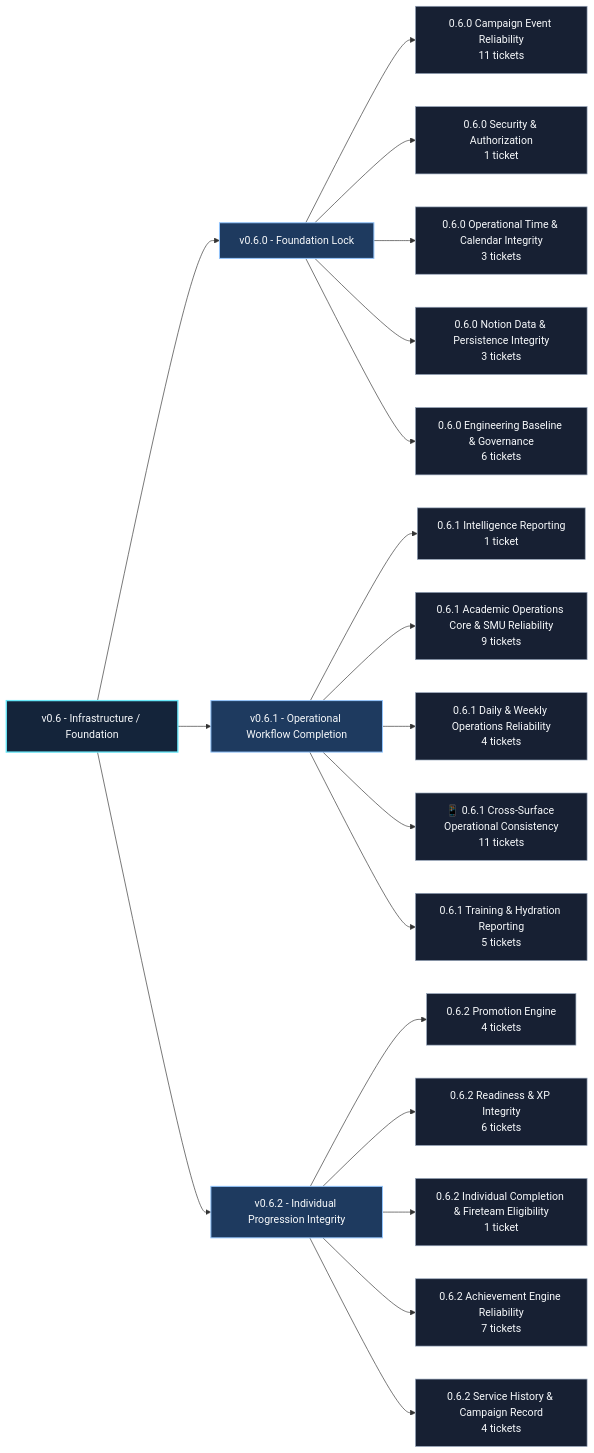
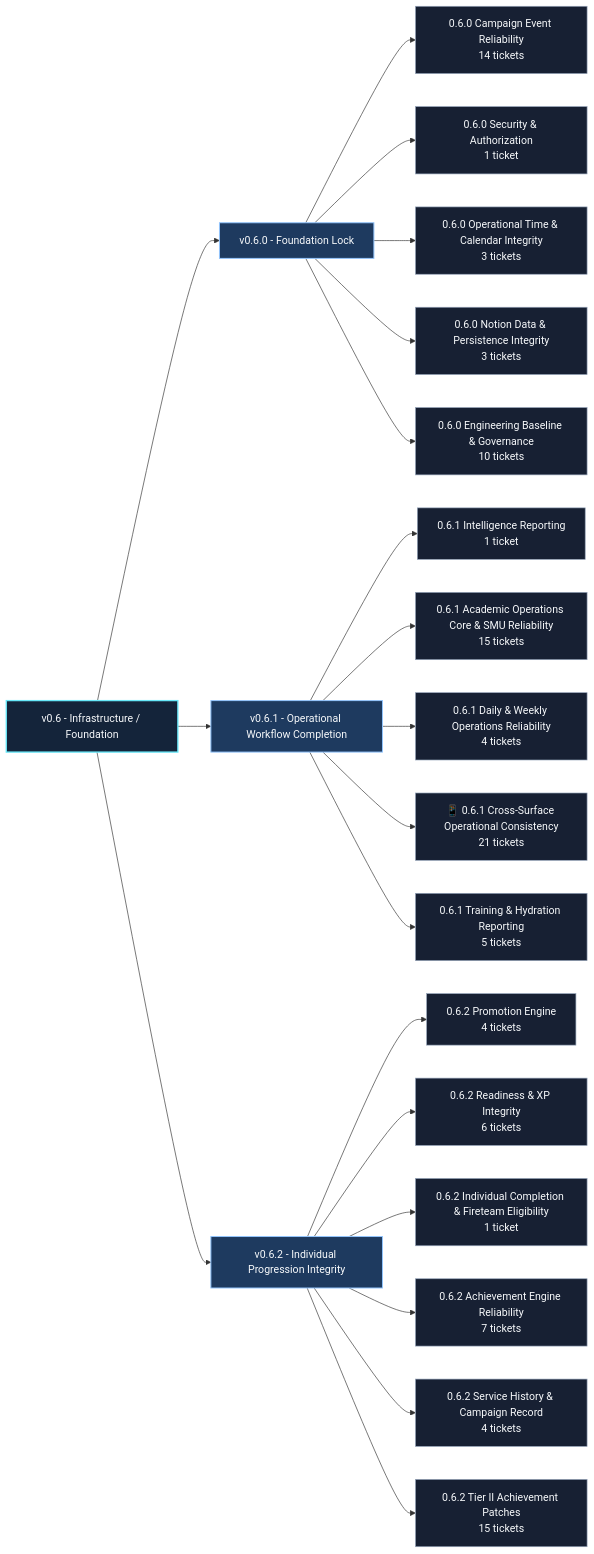
The second of 6 diagrams in docs/PRODUCT_ARCHITECTURE_MAP.md (aclopezshaw/spartan-command-center), drawn with Mermaid before and after one commit. The commit also changed other lines of this file, not shown here.

Commit message:
Ticket #188 deployed by Jarvis.

````diff
--- a/docs/PRODUCT_ARCHITECTURE_MAP.md
+++ b/docs/PRODUCT_ARCHITECTURE_MAP.md
@@ -24,33 +24,34 @@
 ```mermaid
 flowchart LR
     M06["v0.6 - Infrastructure / Foundation"]
 
     M06 --> R060["v0.6.0 - Foundation Lock"]
     M06 --> R061["v0.6.1 - Operational Workflow Completion"]
     M06 --> R062["v0.6.2 - Individual Progression Integrity"]
 
-    R060 --> E060A["0.6.0 Campaign Event Reliability<br/>11 tickets"]
+    R060 --> E060A["0.6.0 Campaign Event Reliability<br/>14 tickets"]
     R060 --> E060B["0.6.0 Security & Authorization<br/>1 ticket"]
     R060 --> E060C["0.6.0 Operational Time & Calendar Integrity<br/>3 tickets"]
     R060 --> E060D["0.6.0 Notion Data & Persistence Integrity<br/>3 tickets"]
-    R060 --> E060E["0.6.0 Engineering Baseline & Governance<br/>6 tickets"]
+    R060 --> E060E["0.6.0 Engineering Baseline & Governance<br/>10 tickets"]
 
     R061 --> E061A["0.6.1 Intelligence Reporting<br/>1 ticket"]
-    R061 --> E061B["0.6.1 Academic Operations Core & SMU Reliability<br/>9 tickets"]
+    R061 --> E061B["0.6.1 Academic Operations Core & SMU Reliability<br/>15 tickets"]
     R061 --> E061C["0.6.1 Daily & Weekly Operations Reliability<br/>4 tickets"]
-    R061 --> E061D["📱 0.6.1 Cross-Surface Operational Consistency<br/>11 tickets"]
+    R061 --> E061D["📱 0.6.1 Cross-Surface Operational Consistency<br/>21 tickets"]
     R061 --> E061E["0.6.1 Training & Hydration Reporting<br/>5 tickets"]
 
     R062 --> E062A["0.6.2 Promotion Engine<br/>4 tickets"]
     R062 --> E062B["0.6.2 Readiness & XP Integrity<br/>6 tickets"]
     R062 --> E062C["0.6.2 Individual Completion & Fireteam Eligibility<br/>1 ticket"]
     R062 --> E062D["0.6.2 Achievement Engine Reliability<br/>7 tickets"]
     R062 --> E062E["0.6.2 Service History & Campaign Record<br/>4 tickets"]
+    R062 --> E062F["0.6.2 Tier II Achievement Patches<br/>15 tickets"]
 
     classDef milestone fill:#14243a,stroke:#67e8f9,color:#f8fafc,stroke-width:2px;
     classDef release fill:#1e3a5f,stroke:#93c5fd,color:#f8fafc,stroke-width:1.5px;
     classDef epic fill:#172033,stroke:#94a3b8,color:#f8fafc;
     class M06 milestone;
     class R060,R061,R062 release;
-    class E060A,E060B,E060C,E060D,E060E,E061A,E061B,E061C,E061D,E061E,E062A,E062B,E062C,E062D,E062E epic;
+    class E060A,E060B,E060C,E060D,E060E,E061A,E061B,E061C,E061D,E061E,E062A,E062B,E062C,E062D,E062E,E062F epic;
 ```
````
